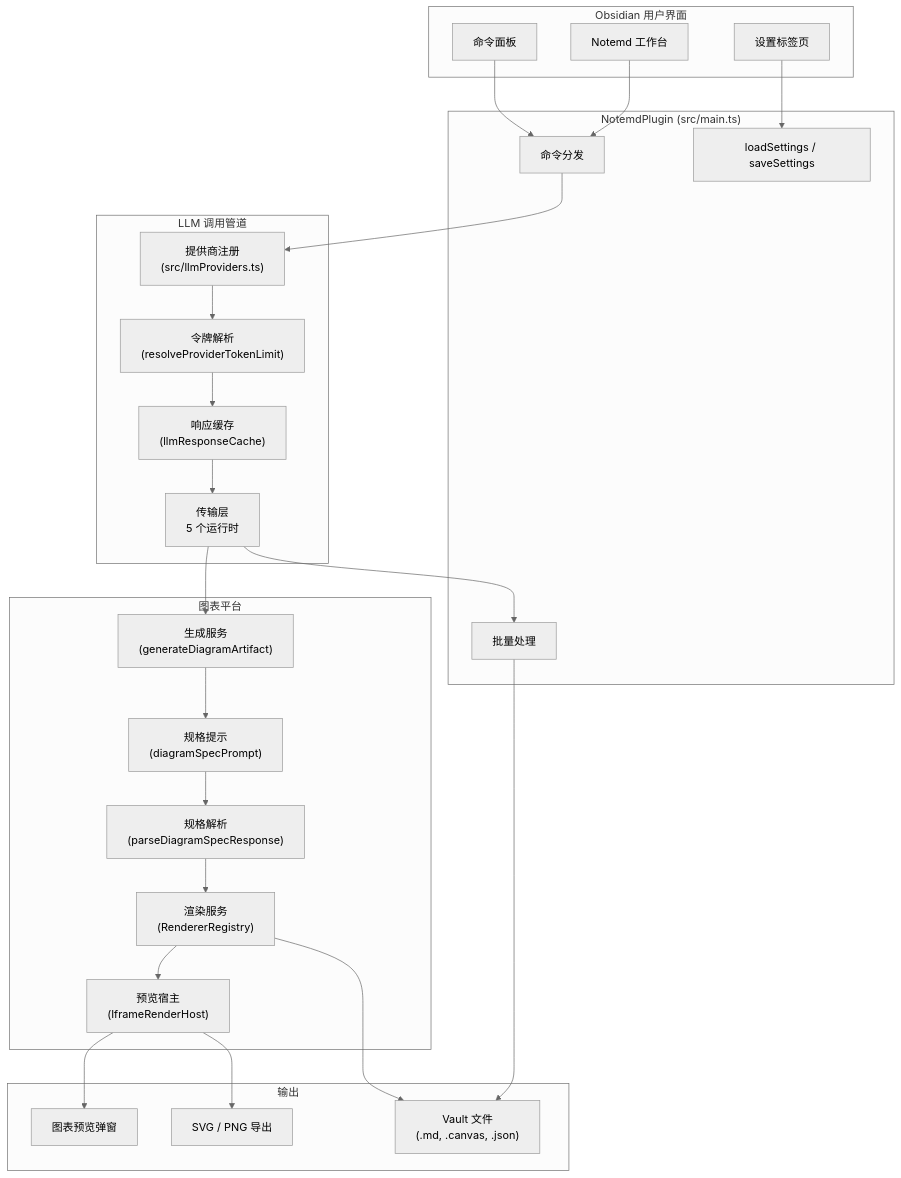
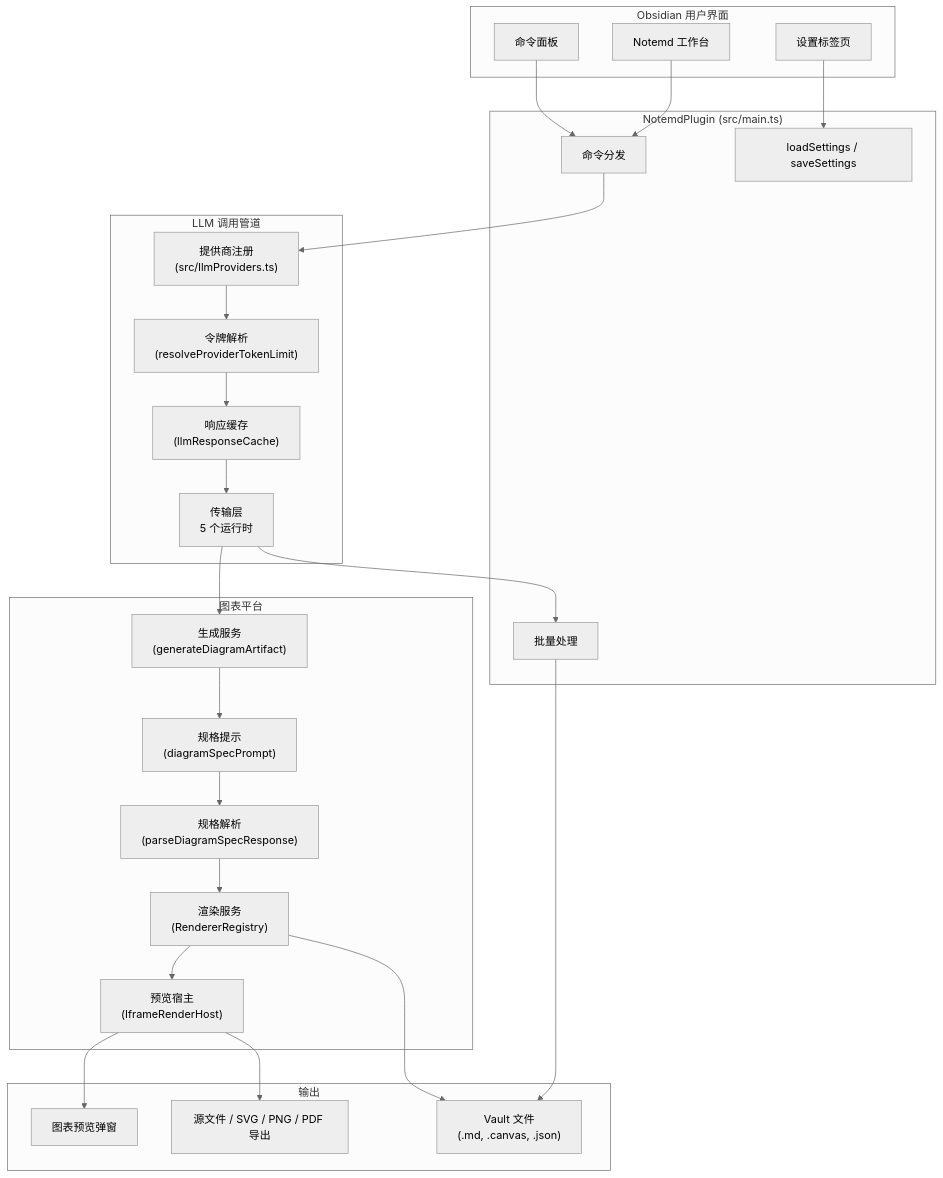
Before and after one commit to Jacobinwwey/obsidian-NotEMD: the first of 3 diagrams in docs/architecture.zh-CN.md, drawn with Mermaid (neutral theme). The commit also changed other lines of this file and 44 other files, not shown here.

First line of the commit message:
fix(diagrams): expose circuitikz render target

````diff
--- a/docs/architecture.zh-CN.md
+++ b/docs/architecture.zh-CN.md
@@ -7,55 +7,55 @@
 ```mermaid
 flowchart TB
     subgraph User["Obsidian 用户界面"]
         CMD["命令面板"]
         SIDEBAR["Notemd 工作台"]
         SETTINGS["设置标签页"]
     end
 
     subgraph Plugin["NotemdPlugin (src/main.ts)"]
         LOAD["loadSettings / saveSettings"]
         DISPATCH["命令分发"]
         BATCH["批量处理"]
     end
 
     subgraph LLM["LLM 调用管道"]
         PROV["提供商注册<br/>(src/llmProviders.ts)"]
         TOKEN["令牌解析<br/>(resolveProviderTokenLimit)"]
         CACHE["响应缓存<br/>(llmResponseCache)"]
         TRANS["传输层<br/>5 个运行时"]
     end
 
     subgraph Diagram["图表平台"]
         PROMPT["规格提示<br/>(diagramSpecPrompt)"]
         GEN["生成服务<br/>(generateDiagramArtifact)"]
         PARSE["规格解析<br/>(parseDiagramSpecResponse)"]
         RENDER["渲染服务<br/>(RendererRegistry)"]
         HOST["预览宿主<br/>(IframeRenderHost)"]
     end
 
     subgraph Output["输出"]
         VAULT["Vault 文件<br/>(.md, .canvas, .json)"]
         PREVIEW["图表预览弹窗"]
-        EXPORT["SVG / PNG 导出"]
+        EXPORT["源文件 / SVG / PNG / PDF 导出"]
     end
 
     CMD --> DISPATCH
     SIDEBAR --> DISPATCH
     SETTINGS --> LOAD
 
     DISPATCH --> PROV
     PROV --> TOKEN
     TOKEN --> CACHE
     CACHE --> TRANS
     TRANS --> GEN
     TRANS --> BATCH
 
     GEN --> PROMPT
     PROMPT --> PARSE
     PARSE --> RENDER
     RENDER --> HOST
     HOST --> PREVIEW
     HOST --> EXPORT
     RENDER --> VAULT
     BATCH --> VAULT
 ```
````
